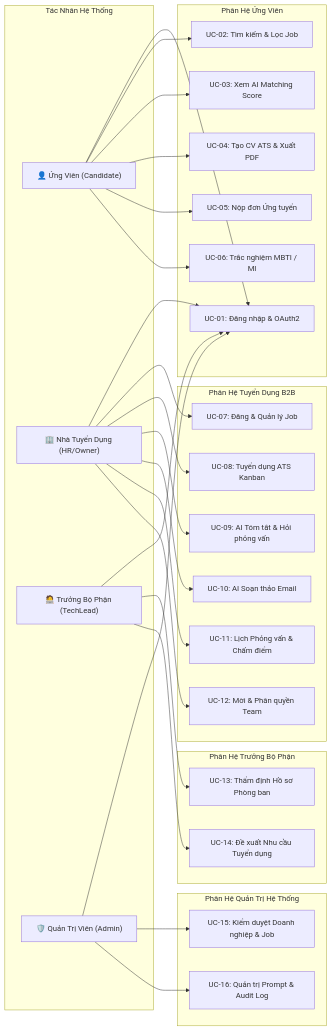
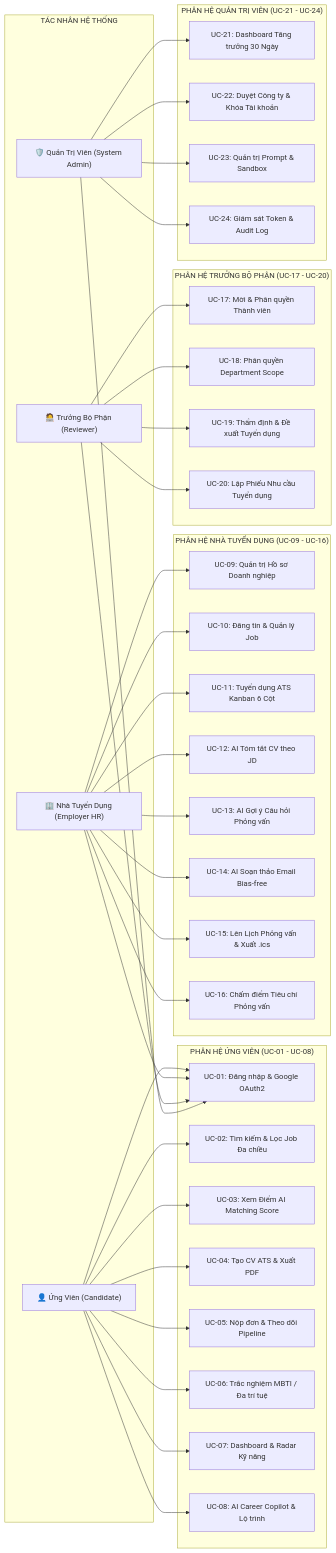
Before and after one commit to imvoka3701/AI-job-portal: the first of 5 diagrams in docs/use_case.md, drawn with Mermaid. The commit also changed other lines of this file and 3 other files, not shown here.

````diff
--- a/docs/use_case.md
+++ b/docs/use_case.md
@@ -27,60 +26,50 @@
 ```mermaid
 graph LR
-    subgraph Actors["Tác Nhân Hệ Thống"]
+    subgraph Actors["TÁC NHÂN HỆ THỐNG"]
         Cand["👤 Ứng Viên (Candidate)"]
-        Emp["🏢 Nhà Tuyển Dụng (HR/Owner)"]
-        Lead["🧑‍💻 Trưởng Bộ Phận (TechLead)"]
-        Adm["🛡️ Quản Trị Viên (Admin)"]
+        Emp["🏢 Nhà Tuyển Dụng (Employer HR)"]
+        Lead["🧑‍💻 Trưởng Bộ Phận (Reviewer)"]
+        Adm["🛡️ Quản Trị Viên (System Admin)"]
     end
 
-    subgraph Portal_Cand["Phân Hệ Ứng Viên"]
-        UC01["UC-01: Đăng nhập & OAuth2"]
-        UC02["UC-02: Tìm kiếm & Lọc Job"]
-        UC03["UC-03: Xem AI Matching Score"]
+    subgraph Portal_Cand["PHÂN HỆ ỨNG VIÊN (UC-01 - UC-08)"]
+        UC01["UC-01: Đăng nhập & Google OAuth2"]
+        UC02["UC-02: Tìm kiếm & Lọc Job Đa chiều"]
+        UC03["UC-03: Xem Điểm AI Matching Score"]
         UC04["UC-04: Tạo CV ATS & Xuất PDF"]
-        UC05["UC-05: Nộp đơn Ứng tuyển"]
-        UC06["UC-06: Trắc nghiệm MBTI / MI"]
+        UC05["UC-05: Nộp đơn & Theo dõi Pipeline"]
+        UC06["UC-06: Trắc nghiệm MBTI / Đa trí tuệ"]
+        UC07["UC-07: Dashboard & Radar Kỹ năng"]
+        UC08["UC-08: AI Career Copilot & Lộ trình"]
     end
 
-    subgraph Portal_Emp["Phân Hệ Tuyển Dụng B2B"]
-        UC07["UC-07: Đăng & Quản lý Job"]
-        UC08["UC-08: Tuyển dụng ATS Kanban"]
-        UC09["UC-09: AI Tóm tắt & Hỏi phỏng vấn"]
-        UC10["UC-10: AI Soạn thảo Email"]
-        UC11["UC-11: Lịch Phỏng vấn & Chấm điểm"]
-        UC12["UC-12: Mời & Phân quyền Team"]
+    subgraph Portal_Emp["PHÂN HỆ NHÀ TUYỂN DỤNG (UC-09 - UC-16)"]
+        UC09["UC-09: Quản trị Hồ sơ Doanh nghiệp"]
+        UC10["UC-10: Đăng tin & Quản lý Job"]
+        UC11["UC-11: Tuyển dụng ATS Kanban 6 Cột"]
+        UC12["UC-12: AI Tóm tắt CV theo JD"]
+        UC13["UC-13: AI Gợi ý Câu hỏi Phỏng vấn"]
+        UC14["UC-14: AI Soạn thảo Email Bias-free"]
+        UC15["UC-15: Lên Lịch Phỏng vấn & Xuất .ics"]
+        UC16["UC-16: Chấm điểm Tiêu chí Phỏng vấn"]
     end
 
-    subgraph Portal_Lead["Phân Hệ Trưởng Bộ Phận"]
-        UC13["UC-13: Thẩm định Hồ sơ Phòng ban"]
-        UC14["UC-14: Đề xuất Nhu cầu Tuyển dụng"]
+    subgraph Portal_Lead["PHÂN HỆ TRƯỞNG BỘ PHẬN (UC-17 - UC-20)"]
+        UC17["UC-17: Mời & Phân quyền Thành viên"]
+        UC18["UC-18: Phân quyền Department Scope"]
+        UC19["UC-19: Thẩm định & Đề xuất Tuyển dụng"]
+        UC20["UC-20: Lập Phiếu Nhu cầu Tuyển dụng"]
     end
 
-    subgraph Portal_Admin["Phân Hệ Quản Trị Hệ Thống"]
-        UC15["UC-15: Kiểm duyệt Doanh nghiệp & Job"]
-        UC16["UC-16: Quản trị Prompt & Audit Log"]
+    subgraph Portal_Admin["PHÂN HỆ QUẢN TRỊ VIÊN (UC-21 - UC-24)"]
+        UC21["UC-21: Dashboard Tăng trưởng 30 Ngày"]
+        UC22["UC-22: Duyệt Công ty & Khóa Tài khoản"]
+        UC23["UC-23: Quản trị Prompt & Sandbox"]
+        UC24["UC-24: Giám sát Token & Audit Log"]
     end
 
-    Cand --> UC01
-    Cand --> UC02
-    Cand --> UC03
-    Cand --> UC04
-    Cand --> UC05
-    Cand --> UC06
-
-    Emp --> UC01
-    Emp --> UC07
-    Emp --> UC08
-    Emp --> UC09
-    Emp --> UC10
-    Emp --> UC11
-    Emp --> UC12
-
-    Lead --> UC01
-    Lead --> UC13
-    Lead --> UC14
-
-    Adm --> UC01
-    Adm --> UC15
-    Adm --> UC16
+    Cand --> UC01 & UC02 & UC03 & UC04 & UC05 & UC06 & UC07 & UC08
+    Emp --> UC01 & UC09 & UC10 & UC11 & UC12 & UC13 & UC14 & UC15 & UC16
+    Lead --> UC01 & UC17 & UC18 & UC19 & UC20
+    Adm --> UC01 & UC21 & UC22 & UC23 & UC24
 ```
````
